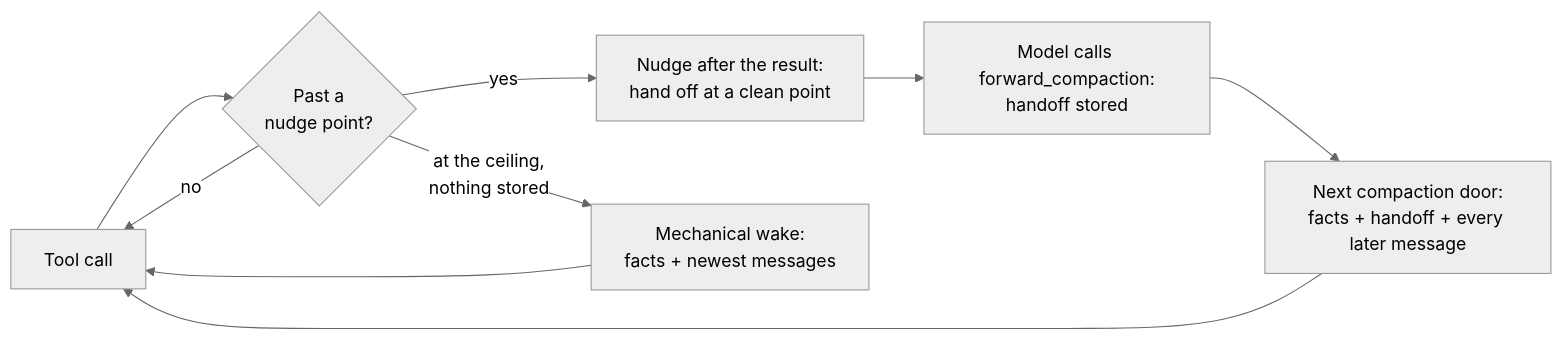
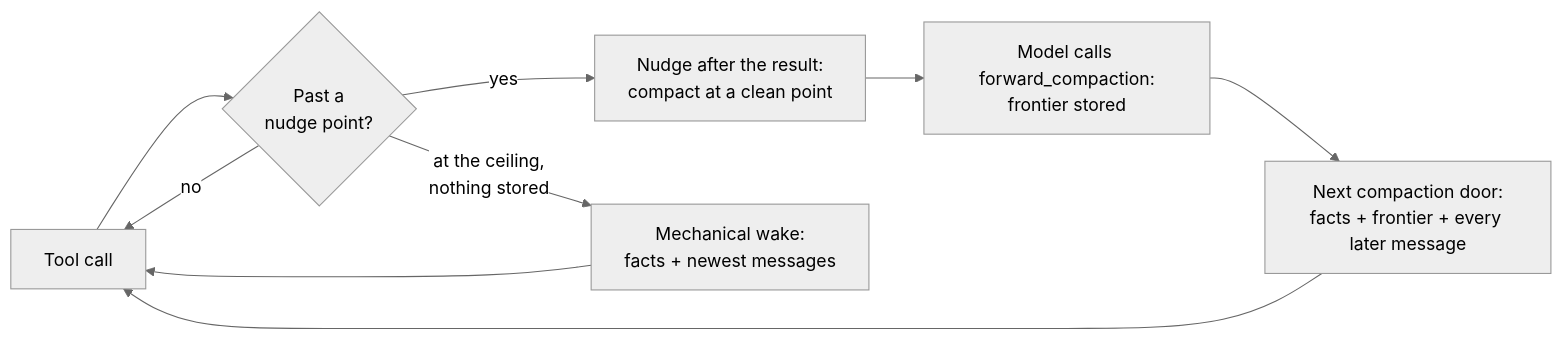
Before and after one commit to rezzminator/forward-compaction: the diagram in README.md, drawn with Mermaid (neutral theme). The commit also changed other lines of this file and 46 other files, not shown here.

First line of the commit message:
fix: every audited fault — commands in the wake, each sub-agent's own max context, logs that lose no row, a short nudge, frontier wording, only errors on screen

````diff
--- a/README.md
+++ b/README.md
@@ -98,11 +98,11 @@
 ```mermaid
 flowchart LR
     A[Tool call] --> B{Past a<br/>nudge point?}
     B -- no --> A
-    B -- yes --> C[Nudge after the result:<br/>hand off at a clean point]
-    C --> D[Model calls forward_compaction:<br/>handoff stored]
-    D --> E[Next compaction door:<br/>facts + handoff + every later message]
+    B -- yes --> C[Nudge after the result:<br/>compact at a clean point]
+    C --> D[Model calls forward_compaction:<br/>frontier stored]
+    D --> E[Next compaction door:<br/>facts + frontier + every later message]
     E --> A
     B -- at the ceiling,<br/>nothing stored --> F[Mechanical wake:<br/>facts + newest messages]
     F --> A
 ```
````
